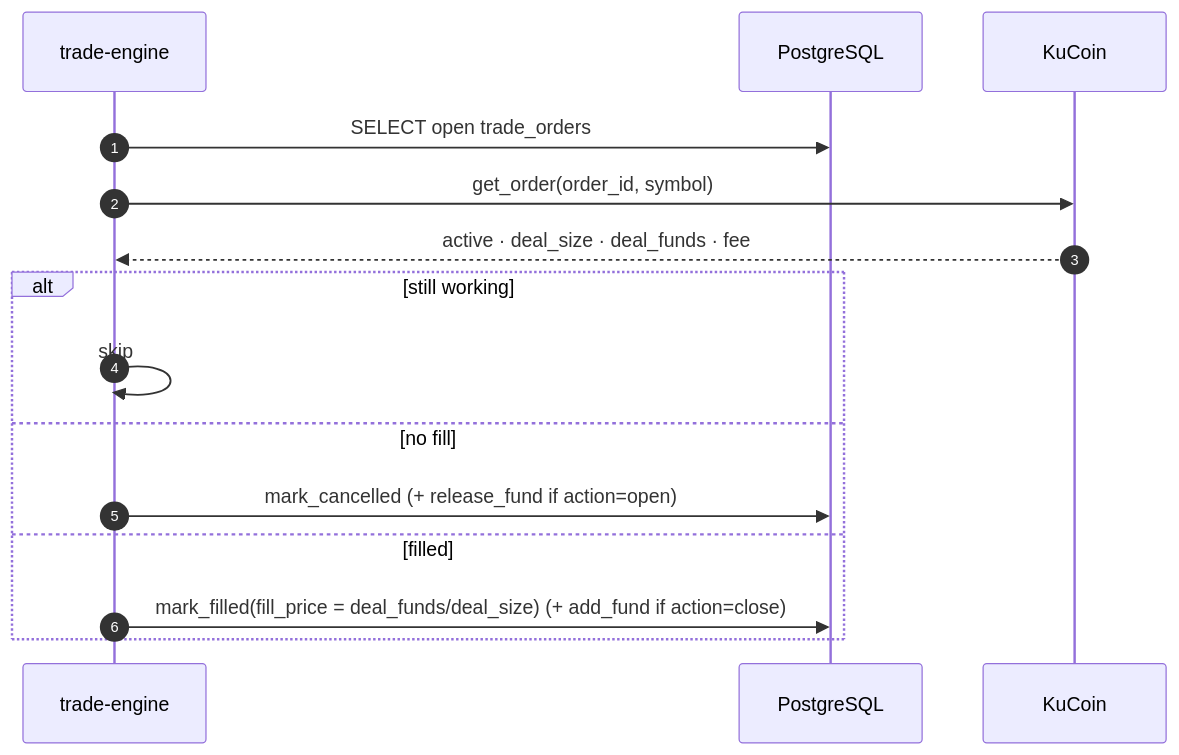
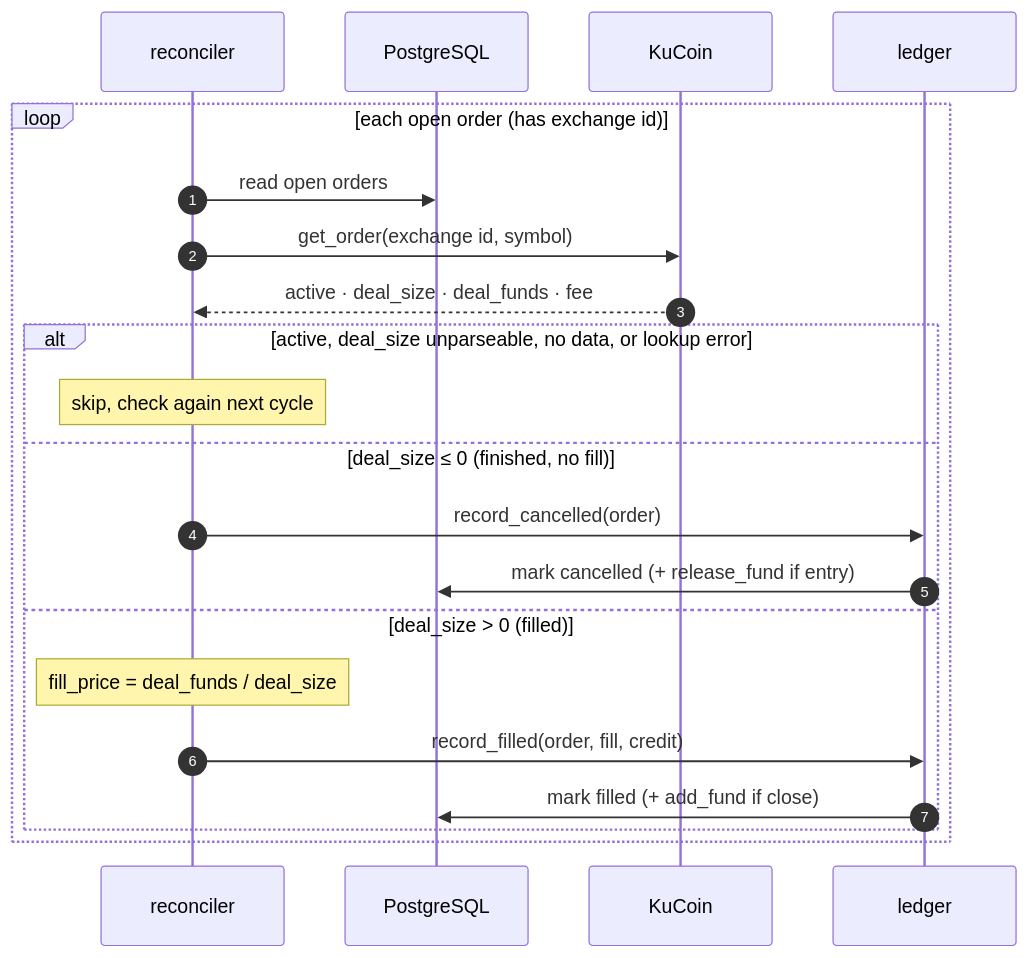
One commit to N-Choo/CoinBot.v3 changed the sixth of 7 diagrams in process/trade-engine/README.md. Above: the diagram before and after it, drawn with Mermaid. The commit also changed other lines of this file and 11 other files, not shown here.

First line of the commit message:
refactor(trade-engine): route order and fund writes through ledger

````diff
--- a/process/trade-engine/README.md
+++ b/process/trade-engine/README.md
@@ -71,17 +198,23 @@
 ```mermaid
 sequenceDiagram
     autonumber
-    participant TE as trade-engine
+    participant RC as reconciler
     participant DB as PostgreSQL
     participant K as KuCoin
-    TE->>DB: SELECT open trade_orders
-    TE->>K: get_order(order_id, symbol)
-    K-->>TE: active · deal_size · deal_funds · fee
-    alt still working
-        TE->>TE: skip
-    else no fill
-        TE->>DB: mark_cancelled (+ release_fund if action=open)
-    else filled
-        TE->>DB: mark_filled(fill_price = deal_funds/deal_size) (+ add_fund if action=close)
+    participant LG as ledger
+    loop each open order (has exchange id)
+        RC->>DB: read open orders
+        RC->>K: get_order(exchange id, symbol)
+        K-->>RC: active · deal_size · deal_funds · fee
+        alt active, deal_size unparseable, no data, or lookup error
+            Note over RC: skip, check again next cycle
+        else deal_size ≤ 0 (finished, no fill)
+            RC->>LG: record_cancelled(order)
+            LG->>DB: mark cancelled (+ release_fund if entry)
+        else deal_size > 0 (filled)
+            Note over RC: fill_price = deal_funds / deal_size
+            RC->>LG: record_filled(order, fill, credit)
+            LG->>DB: mark filled (+ add_fund if close)
+        end
     end
 ```
````
